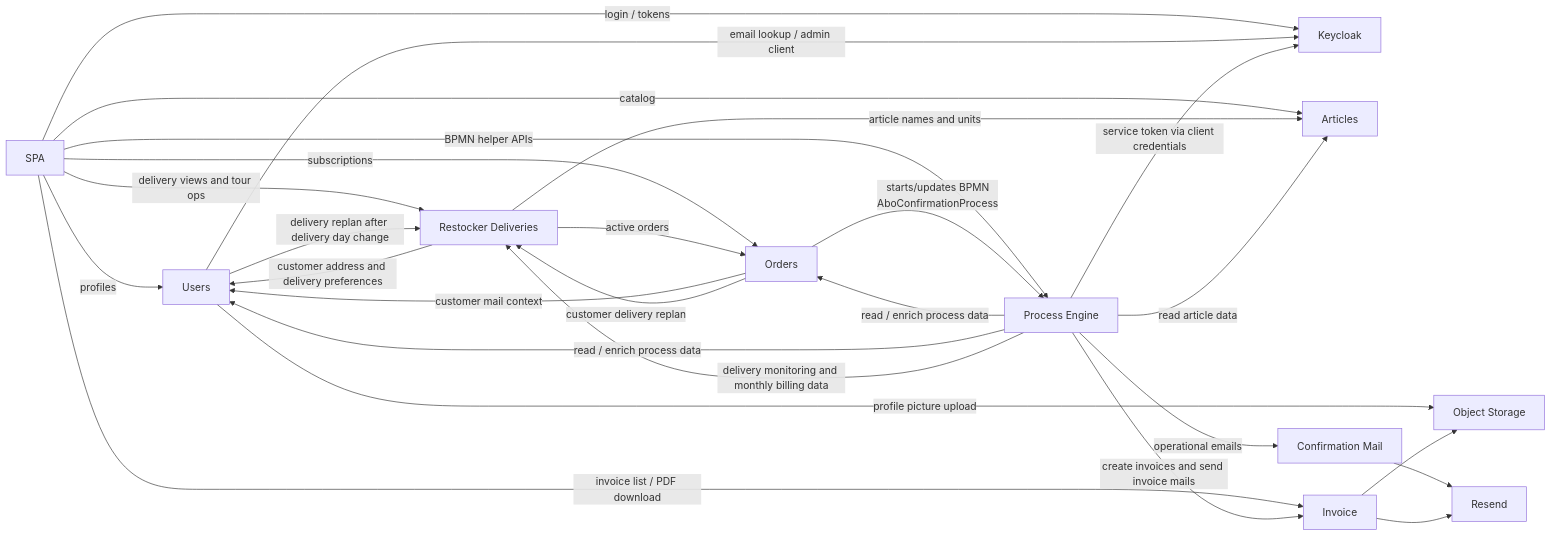
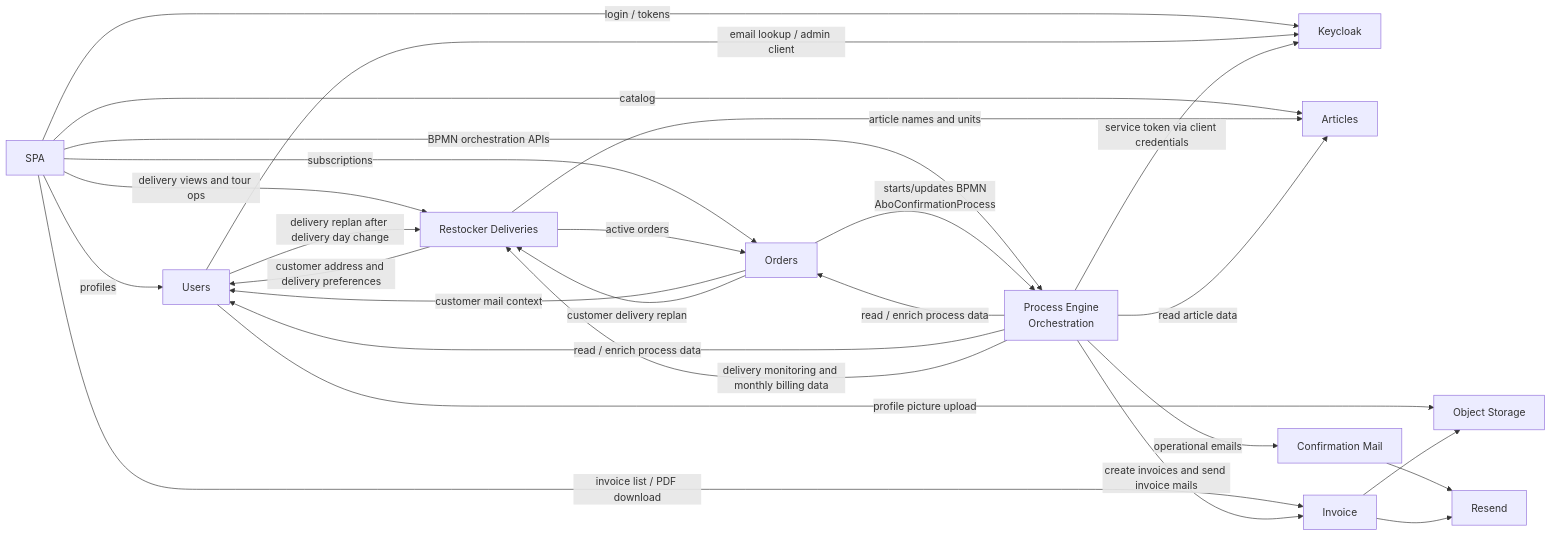
The second of 7 diagrams in docs/system-architecture.md (thi-projekte/ReStockOffice), drawn with Mermaid before and after one commit. The commit also changed other lines of this file, not shown here.

````diff
--- a/docs/system-architecture.md
+++ b/docs/system-architecture.md
@@ -88,46 +88,46 @@
 ```mermaid
 flowchart LR
     spa["SPA"]
     keycloak["Keycloak"]
     articles["Articles"]
     users["Users"]
     orders["Orders"]
     deliveries["Restocker Deliveries"]
-    processengine["Process Engine"]
+    processengine["Process Engine<br/>Orchestration"]
     mailer["Confirmation Mail"]
     invoice["Invoice"]
     resend["Resend"]
     objectStorage["Object Storage"]
 
     spa -->|"login / tokens"| keycloak
     spa -->|"catalog"| articles
     spa -->|"profiles"| users
     spa -->|"subscriptions"| orders
     spa -->|"delivery views and tour ops"| deliveries
-    spa -->|"BPMN helper APIs"| processengine
+    spa -->|"BPMN orchestration APIs"| processengine
     spa -->|"invoice list / PDF download"| invoice
 
     orders -->|"customer mail context"| users
     orders -->|"starts/updates BPMN<br/>AboConfirmationProcess"| processengine
     orders -->|"customer delivery replan"| deliveries
 
     users -->|"email lookup / admin client"| keycloak
     users -->|"profile picture upload"| objectStorage
     users -->|"delivery replan after delivery day change"| deliveries
 
     deliveries -->|"active orders"| orders
     deliveries -->|"customer address and delivery preferences"| users
     deliveries -->|"article names and units"| articles
 
     processengine -->|"service token via client credentials"| keycloak
     processengine -->|"read / enrich process data"| orders
     processengine -->|"read / enrich process data"| users
     processengine -->|"read article data"| articles
     processengine -->|"delivery monitoring and monthly billing data"| deliveries
     processengine -->|"operational emails"| mailer
     processengine -->|"create invoices and send invoice mails"| invoice
 
     mailer --> resend
     invoice --> resend
     invoice --> objectStorage
 ```
````
